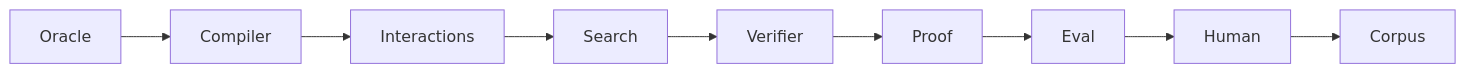
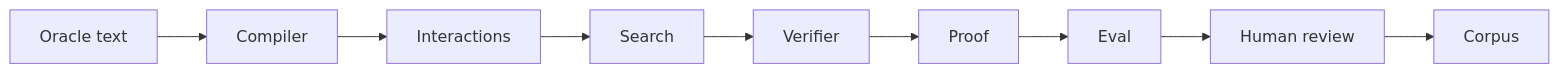
One commit to witzbeck/mtg-loop-engine changed the diagram in README.md. Above: the diagram before and after it, drawn with Mermaid. The commit also changed other lines of this file, not shown here.

````diff
--- a/README.md
+++ b/README.md
@@ -39,11 +17,11 @@
 ```mermaid
 graph LR;
-  oracle[Oracle] --> compiler[Compiler];
+  oracle[Oracle text] --> compiler[Compiler];
   compiler --> interactions[Interactions];
   interactions --> search[Search];
   search --> verifier[Verifier];
   verifier --> proof[Proof];
   proof --> eval[Eval];
-  eval --> human[Human];
+  eval --> human[Human review];
   human --> corpus[Corpus];
 ```
````
